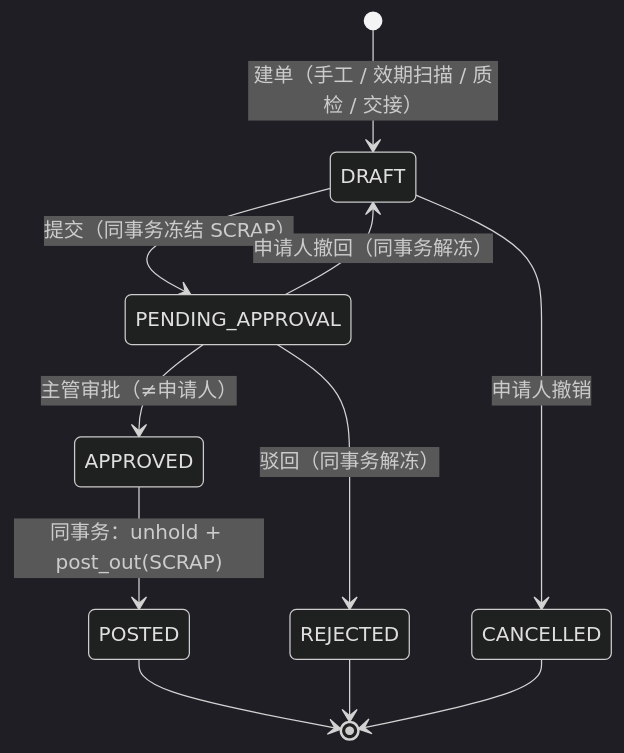
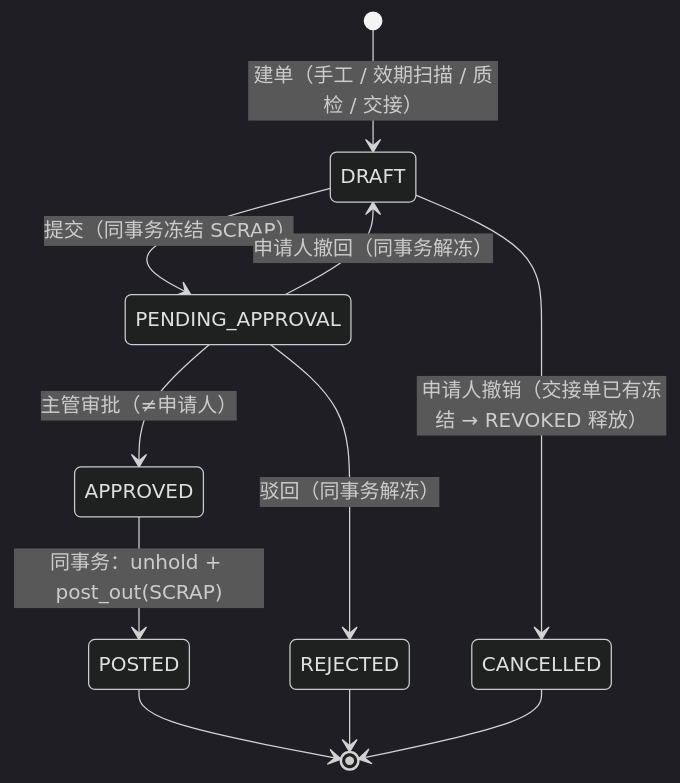
Before and after one commit to Akarin7784/fresh-wms: the first of 4 diagrams in docs/09-效期与损耗.md, drawn with Mermaid (dark theme). The commit also changed other lines of this file and 4 other files, not shown here.

````diff
--- a/docs/09-效期与损耗.md
+++ b/docs/09-效期与损耗.md
@@ -161,13 +161,13 @@
 ```mermaid
 stateDiagram-v2
   [*] --> DRAFT: 建单（手工 / 效期扫描 / 质检 / 交接）
   DRAFT --> PENDING_APPROVAL: 提交（同事务冻结 SCRAP）
-  DRAFT --> CANCELLED: 申请人撤销
+  DRAFT --> CANCELLED: 申请人撤销（交接单已有冻结 → REVOKED 释放）
   PENDING_APPROVAL --> APPROVED: 主管审批（≠申请人）
   APPROVED --> POSTED: 同事务：unhold + post_out(SCRAP)
   PENDING_APPROVAL --> REJECTED: 驳回（同事务解冻）
   PENDING_APPROVAL --> DRAFT: 申请人撤回（同事务解冻）
   POSTED --> [*]
   REJECTED --> [*]
   CANCELLED --> [*]
 ```
````
